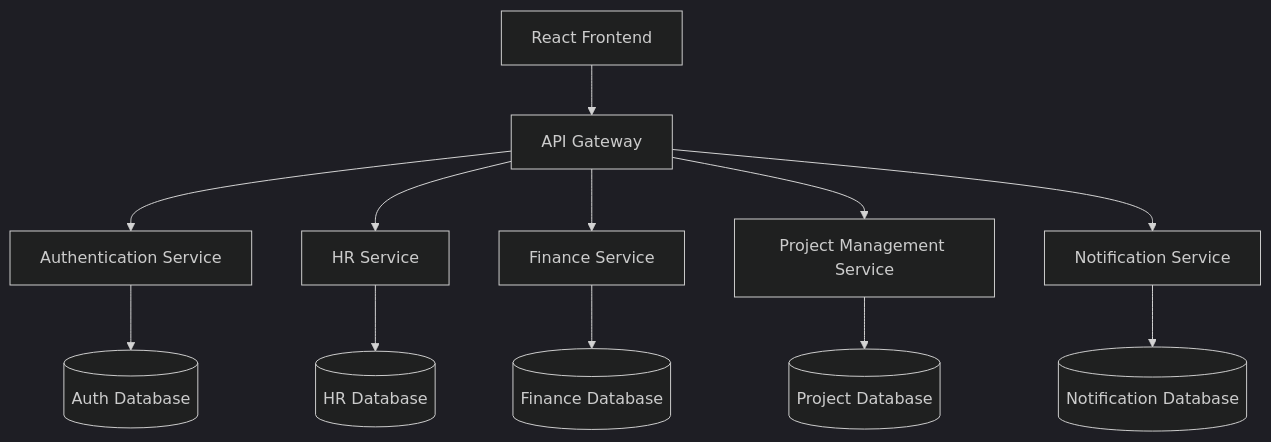
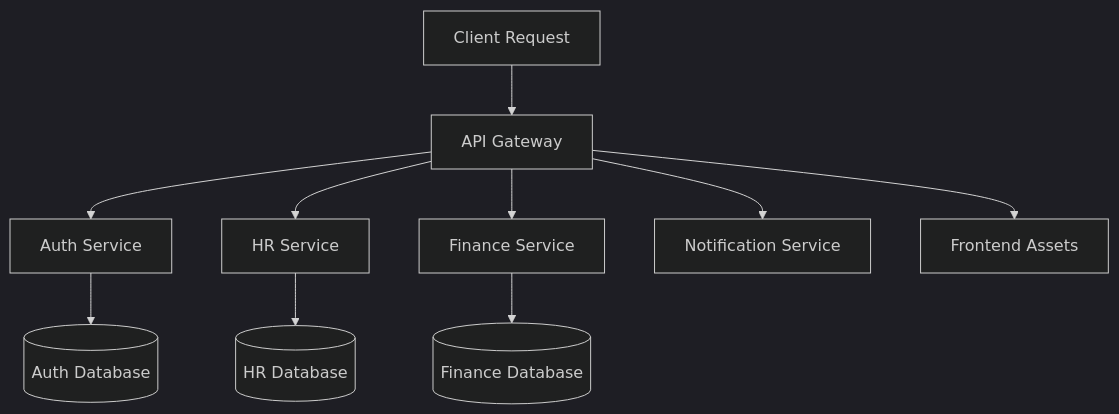
Before and after one commit to Mahesh-65/OrganiStation: the first of 2 diagrams in .github/instructions/OrganiStation.instructions.md, drawn with Mermaid (dark theme). The commit also changed other lines of this file and 7 other files, not shown here.

````diff
--- a/.github/instructions/OrganiStation.instructions.md
+++ b/.github/instructions/OrganiStation.instructions.md
@@ -23,15 +185,14 @@
 ```mermaid
-graph TB
-    Frontend[React Frontend] --> Gateway[API Gateway]
-    Gateway --> Auth[Authentication Service]
+flowchart TD
+    Client[Client Request] --> Gateway[API Gateway]
+    Gateway --> Auth[Auth Service]
     Gateway --> HR[HR Service]
     Gateway --> Finance[Finance Service]
-    Gateway --> PM[Project Management Service]
     Gateway --> Notification[Notification Service]
     
-    Auth --> DB1[(Auth Database)]
-    HR --> DB2[(HR Database)]
-    Finance --> DB3[(Finance Database)]
-    PM --> DB4[(Project Database)]
-    Notification --> DB5[(Notification Database)]
+    Auth --> AuthDB[(Auth Database)]
+    HR --> HRDB[(HR Database)]
+    Finance --> FinanceDB[(Finance Database)]
+    
+    Gateway --> Frontend[Frontend Assets]
 ```
````
